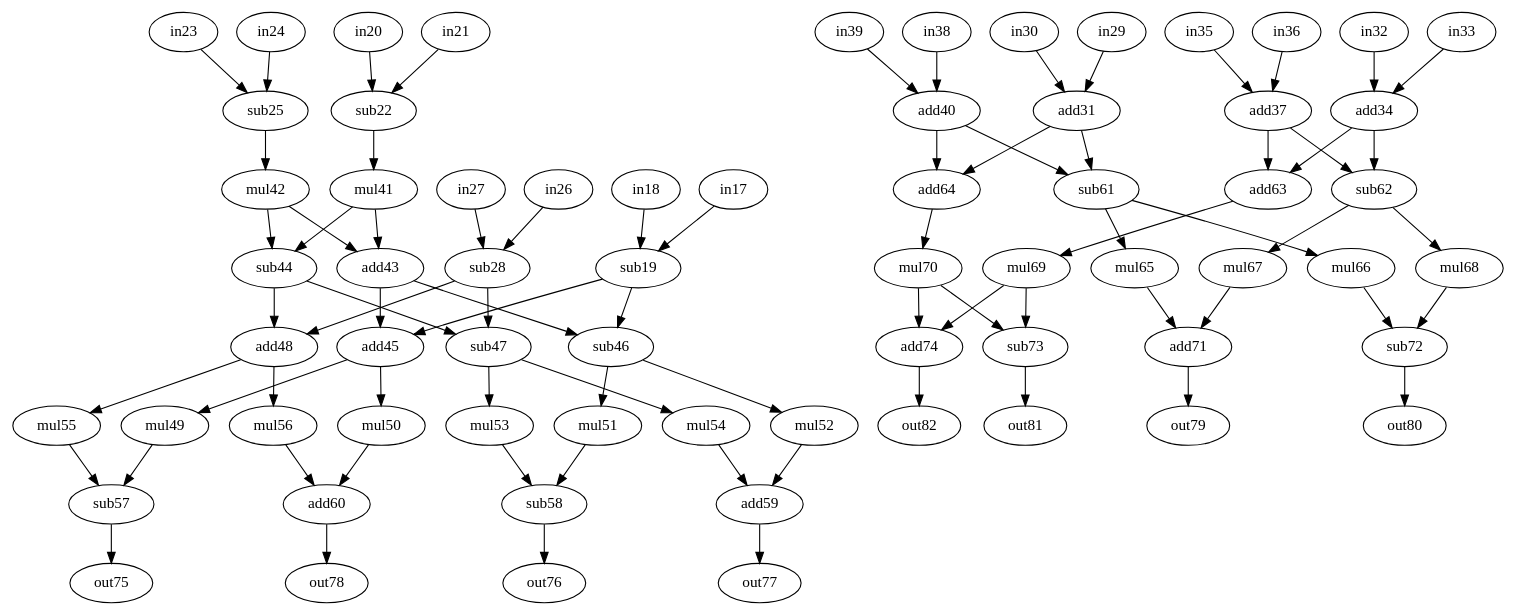
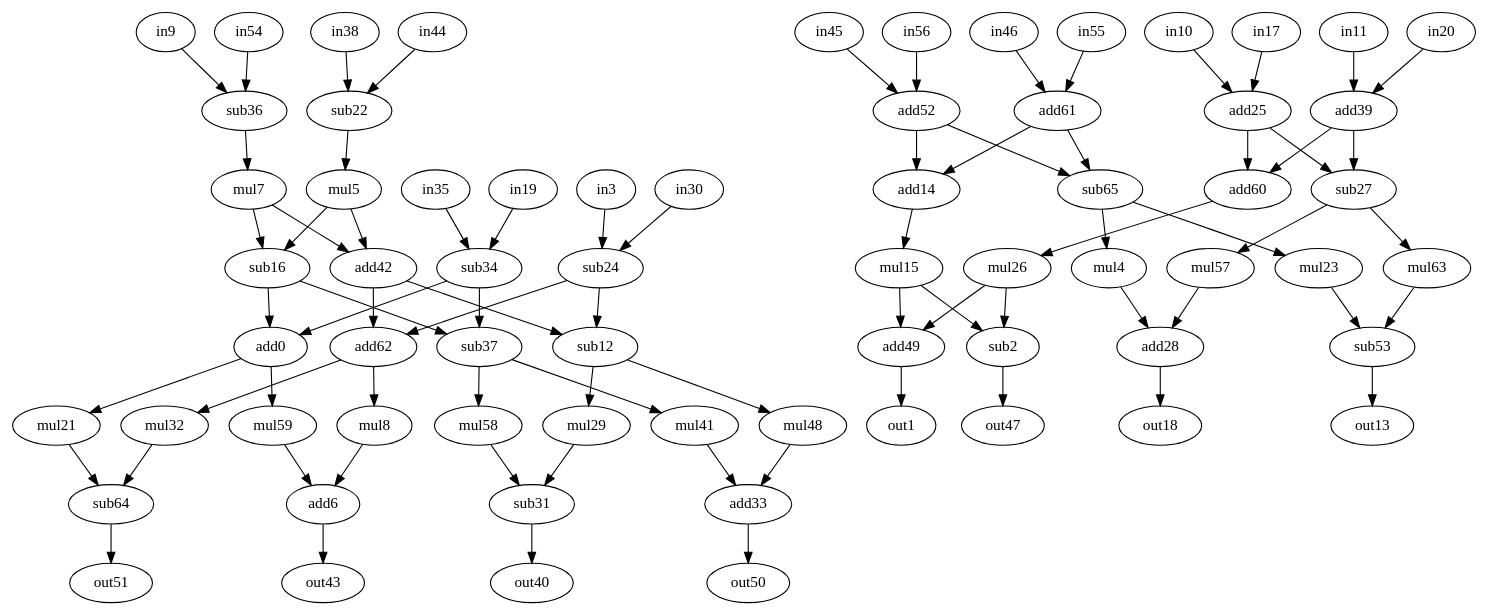
The diagram in bench/test_bench/sincrono/cosine1.dot (jeronimopenha/traversal_project), drawn with Graphviz before and after one commit. The commit also changed 61 other files, not shown here.

```diff
--- a/bench/test_bench/sincrono/cosine1.dot
+++ b/bench/test_bench/sincrono/cosine1.dot
@@ -1,144 +1,144 @@
 strict digraph "cosine1" {
-0 [label=add48, op=add];
-1 [label=out82, op=out];
-2 [label=sub73, op=sub];
-3 [label=in18, op=in];
-4 [label=mul65, op=muli, value=2];
-5 [label=mul41, op=muli, value=2];
-6 [label=add60, op=add];
-7 [label=mul42, op=muli, value=2];
-8 [label=mul50, op=muli, value=2];
-9 [label=in23, op=in];
-10 [label=in35, op=in];
-11 [label=in32, op=in];
-12 [label=sub46, op=sub];
-13 [label=out80, op=out];
-14 [label=add64, op=add];
-15 [label=mul70, op=muli, value=2];
-16 [label=sub44, op=sub];
-17 [label=in36, op=in];
-18 [label=out79, op=out];
-19 [label=in26, op=in];
-20 [label=in33, op=in];
-21 [label=mul55, op=muli, value=2];
-22 [label=sub22, op=sub];
-23 [label=mul66, op=muli, value=2];
-24 [label=sub19, op=sub];
-25 [label=add37, op=add];
-26 [label=mul69, op=muli, value=2];
-27 [label=sub62, op=sub];
-28 [label=add71, op=add];
-29 [label=mul51, op=muli, value=2];
-30 [label=in17, op=in];
-31 [label=sub58, op=sub];
-32 [label=mul49, op=muli, value=2];
-33 [label=add59, op=add];
-34 [label=sub28, op=sub];
-35 [label=in27, op=in];
-36 [label=sub25, op=sub];
-37 [label=sub47, op=sub];
-38 [label=in20, op=in];
-39 [label=add34, op=add];
-40 [label=out76, op=out];
-41 [label=mul54, op=muli, value=2];
-42 [label=add43, op=add];
-43 [label=out78, op=out];
-44 [label=in21, op=in];
-45 [label=in39, op=in];
-46 [label=in30, op=in];
-47 [label=out81, op=out];
-48 [label=mul52, op=muli, value=2];
-49 [label=add74, op=add];
-50 [label=out77, op=out];
-51 [label=out75, op=out];
-52 [label=add40, op=add];
-53 [label=sub72, op=sub];
-54 [label=in24, op=in];
-55 [label=in29, op=in];
-56 [label=in38, op=in];
-57 [label=mul67, op=muli, value=2];
-58 [label=mul53, op=muli, value=2];
-59 [label=mul56, op=muli, value=2];
-60 [label=add63, op=add];
-61 [label=add31, op=add];
-62 [label=add45, op=add];
-63 [label=mul68, op=muli, value=2];
-64 [label=sub57, op=sub];
-65 [label=sub61, op=sub];
+0 [alap=4, asap=4, label=add0, op=add];
+1 [alap=5, asap=5, label=out1, op=out];
+2 [alap=4, asap=4, label=sub2, op=sub];
+3 [alap=2, asap=0, label=in3, op=in];
+4 [alap=3, asap=3, label=mul4, op=muli, value=2];
+5 [alap=2, asap=2, label=mul5, op=muli, value=2];
+6 [alap=6, asap=6, label=add6, op=add];
+7 [alap=2, asap=2, label=mul7, op=muli, value=2];
+8 [alap=5, asap=5, label=mul8, op=muli, value=2];
+9 [alap=0, asap=0, label=in9, op=in];
+10 [alap=0, asap=0, label=in10, op=in];
+11 [alap=0, asap=0, label=in11, op=in];
+12 [alap=4, asap=4, label=sub12, op=sub];
+13 [alap=5, asap=5, label=out13, op=out];
+14 [alap=2, asap=2, label=add14, op=add];
+15 [alap=3, asap=3, label=mul15, op=muli, value=2];
+16 [alap=3, asap=3, label=sub16, op=sub];
+17 [alap=0, asap=0, label=in17, op=in];
+18 [alap=5, asap=5, label=out18, op=out];
+19 [alap=2, asap=0, label=in19, op=in];
+20 [alap=0, asap=0, label=in20, op=in];
+21 [alap=5, asap=5, label=mul21, op=muli, value=2];
+22 [alap=1, asap=1, label=sub22, op=sub];
+23 [alap=3, asap=3, label=mul23, op=muli, value=2];
+24 [alap=3, asap=1, label=sub24, op=sub];
+25 [alap=1, asap=1, label=add25, op=add];
+26 [alap=3, asap=3, label=mul26, op=muli, value=2];
+27 [alap=2, asap=2, label=sub27, op=sub];
+28 [alap=4, asap=4, label=add28, op=add];
+29 [alap=5, asap=5, label=mul29, op=muli, value=2];
+30 [alap=2, asap=0, label=in30, op=in];
+31 [alap=6, asap=6, label=sub31, op=sub];
+32 [alap=5, asap=5, label=mul32, op=muli, value=2];
+33 [alap=6, asap=6, label=add33, op=add];
+34 [alap=3, asap=1, label=sub34, op=sub];
+35 [alap=2, asap=0, label=in35, op=in];
+36 [alap=1, asap=1, label=sub36, op=sub];
+37 [alap=4, asap=4, label=sub37, op=sub];
+38 [alap=0, asap=0, label=in38, op=in];
+39 [alap=1, asap=1, label=add39, op=add];
+40 [alap=7, asap=7, label=out40, op=out];
+41 [alap=5, asap=5, label=mul41, op=muli, value=2];
+42 [alap=3, asap=3, label=add42, op=add];
+43 [alap=7, asap=7, label=out43, op=out];
+44 [alap=0, asap=0, label=in44, op=in];
+45 [alap=0, asap=0, label=in45, op=in];
+46 [alap=0, asap=0, label=in46, op=in];
+47 [alap=5, asap=5, label=out47, op=out];
+48 [alap=5, asap=5, label=mul48, op=muli, value=2];
+49 [alap=4, asap=4, label=add49, op=add];
+50 [alap=7, asap=7, label=out50, op=out];
+51 [alap=7, asap=7, label=out51, op=out];
+52 [alap=1, asap=1, label=add52, op=add];
+53 [alap=4, asap=4, label=sub53, op=sub];
+54 [alap=0, asap=0, label=in54, op=in];
+55 [alap=0, asap=0, label=in55, op=in];
+56 [alap=0, asap=0, label=in56, op=in];
+57 [alap=3, asap=3, label=mul57, op=muli, value=2];
+58 [alap=5, asap=5, label=mul58, op=muli, value=2];
+59 [alap=5, asap=5, label=mul59, op=muli, value=2];
+60 [alap=2, asap=2, label=add60, op=add];
+61 [alap=1, asap=1, label=add61, op=add];
+62 [alap=4, asap=4, label=add62, op=add];
+63 [alap=3, asap=3, label=mul63, op=muli, value=2];
+64 [alap=6, asap=6, label=sub64, op=sub];
+65 [alap=2, asap=2, label=sub65, op=sub];
 0 -> 21  [port=0, w=0];
 0 -> 59  [port=0, w=0];
 2 -> 47  [port=0, w=0];
 3 -> 24  [port=0, w=0];
 4 -> 28  [port=0, w=0];
 5 -> 42  [port=0, w=0];
 5 -> 16  [port=0, w=0];
 6 -> 43  [port=0, w=0];
 7 -> 42  [port=1, w=0];
 7 -> 16  [port=1, w=0];
 8 -> 6  [port=0, w=0];
 9 -> 36  [port=0, w=0];
 10 -> 25  [port=0, w=0];
 11 -> 39  [port=0, w=0];
 12 -> 48  [port=0, w=0];
 12 -> 29  [port=0, w=0];
 14 -> 15  [port=0, w=0];
 15 -> 49  [port=0, w=0];
 15 -> 2  [port=0, w=0];
 16 -> 0  [port=0, w=0];
 16 -> 37  [port=0, w=0];
 17 -> 25  [port=1, w=0];
 19 -> 34  [port=0, w=0];
 20 -> 39  [port=1, w=0];
 21 -> 64  [port=0, w=0];
 22 -> 5  [port=0, w=0];
 23 -> 53  [port=0, w=0];
 24 -> 62  [port=0, w=0];
 24 -> 12  [port=0, w=0];
 25 -> 60  [port=0, w=0];
 25 -> 27  [port=0, w=0];
 26 -> 49  [port=1, w=0];
 26 -> 2  [port=1, w=0];
 27 -> 63  [port=0, w=0];
 27 -> 57  [port=0, w=0];
 28 -> 18  [port=0, w=0];
 29 -> 31  [port=0, w=0];
 30 -> 24  [port=1, w=0];
 31 -> 40  [port=0, w=0];
 32 -> 64  [port=1, w=0];
 33 -> 50  [port=0, w=0];
 34 -> 37  [port=1, w=0];
 34 -> 0  [port=1, w=0];
 35 -> 34  [port=1, w=0];
 36 -> 7  [port=0, w=0];
 37 -> 41  [port=0, w=0];
 37 -> 58  [port=0, w=0];
 38 -> 22  [port=0, w=0];
 39 -> 60  [port=1, w=0];
 39 -> 27  [port=1, w=0];
 41 -> 33  [port=0, w=0];
 42 -> 12  [port=1, w=0];
 42 -> 62  [port=1, w=0];
 44 -> 22  [port=1, w=0];
 45 -> 52  [port=0, w=0];
 46 -> 61  [port=0, w=0];
 48 -> 33  [port=1, w=0];
 49 -> 1  [port=0, w=0];
 52 -> 65  [port=0, w=0];
 52 -> 14  [port=0, w=0];
 53 -> 13  [port=0, w=0];
 54 -> 36  [port=1, w=0];
 55 -> 61  [port=1, w=0];
 56 -> 52  [port=1, w=0];
 57 -> 28  [port=1, w=0];
 58 -> 31  [port=1, w=0];
 59 -> 6  [port=1, w=0];
 60 -> 26  [port=0, w=0];
 61 -> 14  [port=1, w=0];
 61 -> 65  [port=1, w=0];
 62 -> 8  [port=0, w=0];
 62 -> 32  [port=0, w=0];
 63 -> 53  [port=1, w=0];
 64 -> 51  [port=0, w=0];
 65 -> 23  [port=0, w=0];
 65 -> 4  [port=0, w=0];
 }
```
